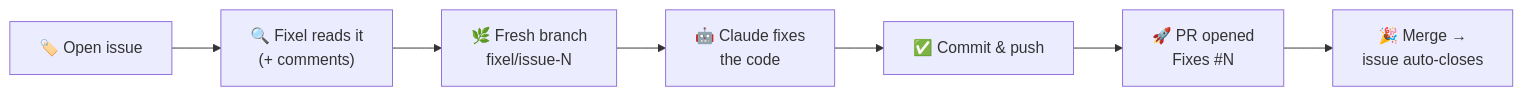
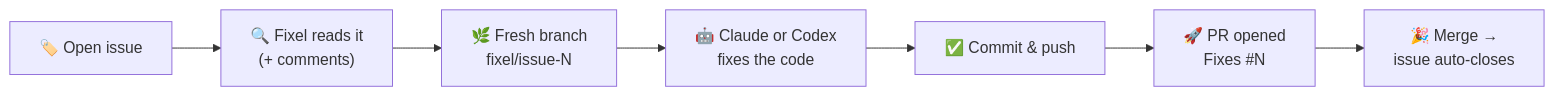
The diagram in README.md (AmIrRX0/Fixel), drawn with Mermaid before and after one commit. The commit also changed other lines of this file and 17 other files, not shown here.

````diff
--- a/README.md
+++ b/README.md
@@ -26,9 +27,9 @@
 ```mermaid
 flowchart LR
     A["🏷️ Open issue"] --> B["🔍 Fixel reads it<br/>(+ comments)"]
     B --> C["🌿 Fresh branch<br/>fixel/issue-N"]
-    C --> D["🤖 Claude fixes<br/>the code"]
+    C --> D["🤖 Claude or Codex<br/>fixes the code"]
     D --> E["✅ Commit & push"]
     E --> F["🚀 PR opened<br/>Fixes #N"]
     F --> G["🎉 Merge →<br/>issue auto-closes"]
 ```
````
